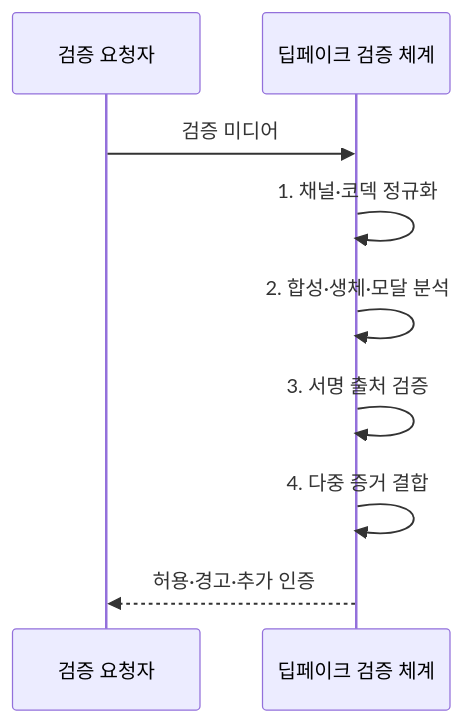
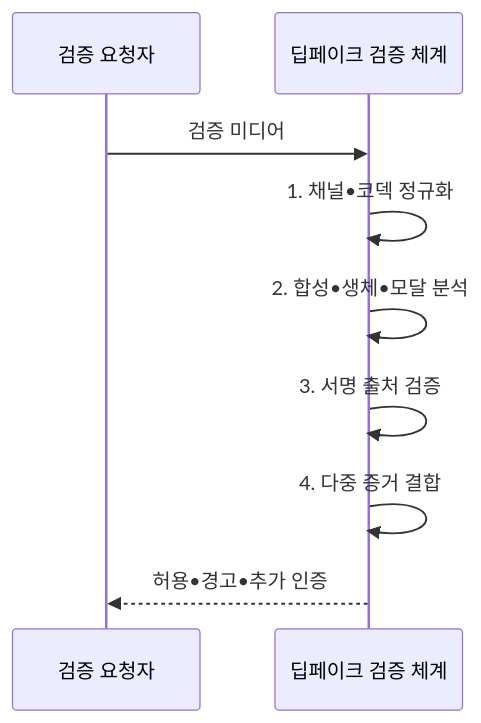
The second of 2 diagrams in src/content/docs/notes/05-security/092_deepfake_detection.md (agnusdei1207/knowledge-base), drawn with Mermaid before and after one commit. The commit also changed other lines of this file and 953 other files, not shown here.

````diff
--- a/src/content/docs/notes/05-security/092_deepfake_detection.md
+++ b/src/content/docs/notes/05-security/092_deepfake_detection.md
@@ -100,11 +100,11 @@
 ```mermaid
 sequenceDiagram
     participant U as 검증 요청자
     participant D as 딥페이크 검증 체계
     U->>D: 검증 미디어
-    D->>D: 1. 채널·코덱 정규화
-    D->>D: 2. 합성·생체·모달 분석
+    D->>D: 1. 채널•코덱 정규화
+    D->>D: 2. 합성•생체•모달 분석
     D->>D: 3. 서명 출처 검증
     D->>D: 4. 다중 증거 결합
-    D-->>U: 허용·경고·추가 인증
+    D-->>U: 허용•경고•추가 인증
 ```
````
